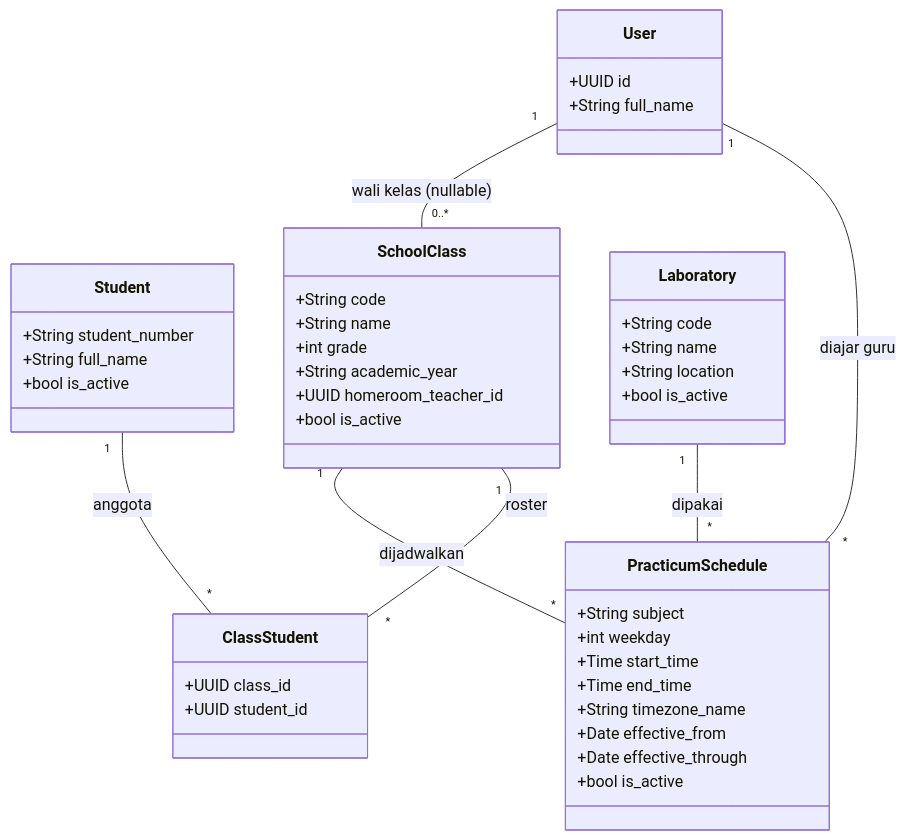
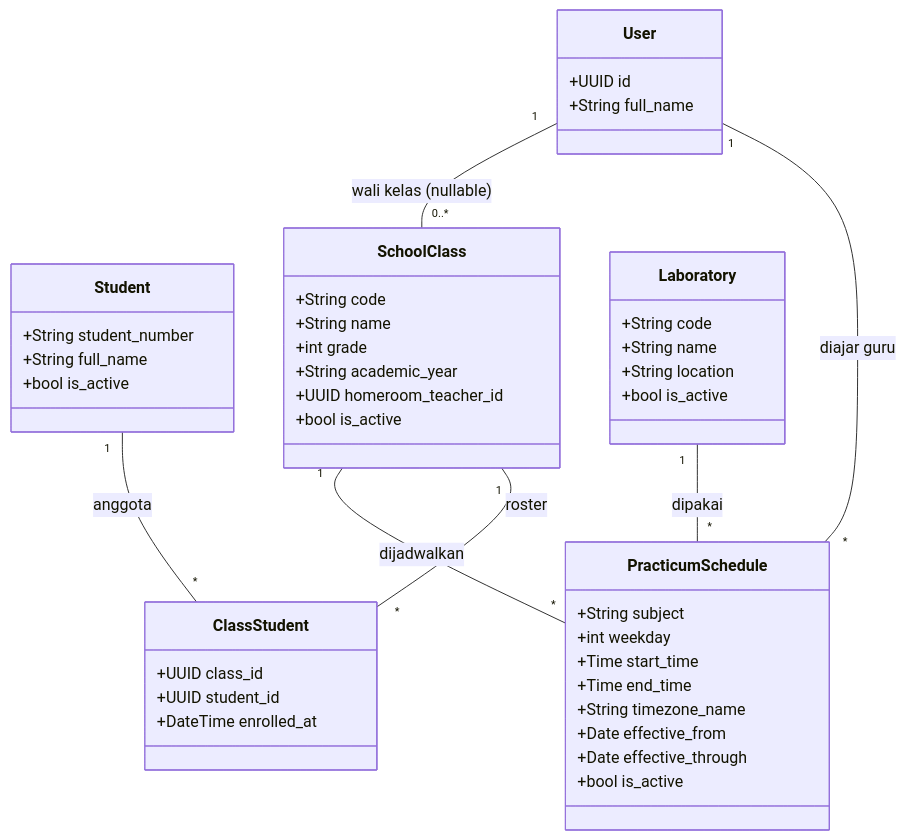
The second of 6 diagrams in docs/proposal/07-data-dan-class.md (mygads/Face-Recognition-Capstone), drawn with Mermaid before and after one commit. The commit also changed other lines of this file and 5 other files, not shown here.

````diff
--- a/docs/proposal/07-data-dan-class.md
+++ b/docs/proposal/07-data-dan-class.md
@@ -50,46 +54,47 @@
 ```mermaid
 classDiagram
   class Student {
     +String student_number
     +String full_name
     +bool is_active
   }
   class SchoolClass {
     +String code
     +String name
     +int grade
     +String academic_year
     +UUID homeroom_teacher_id
     +bool is_active
   }
   class ClassStudent {
     +UUID class_id
     +UUID student_id
+    +DateTime enrolled_at
   }
   class Laboratory {
     +String code
     +String name
     +String location
     +bool is_active
   }
   class PracticumSchedule {
     +String subject
     +int weekday
     +Time start_time
     +Time end_time
     +String timezone_name
     +Date effective_from
     +Date effective_through
     +bool is_active
   }
   class User {
     +UUID id
     +String full_name
   }
   SchoolClass "1" -- "*" ClassStudent : roster
   Student "1" -- "*" ClassStudent : anggota
   SchoolClass "1" -- "*" PracticumSchedule : dijadwalkan
   Laboratory "1" -- "*" PracticumSchedule : dipakai
   User "1" -- "*" PracticumSchedule : diajar guru
   User "1" -- "0..*" SchoolClass : wali kelas (nullable)
 ```
````
